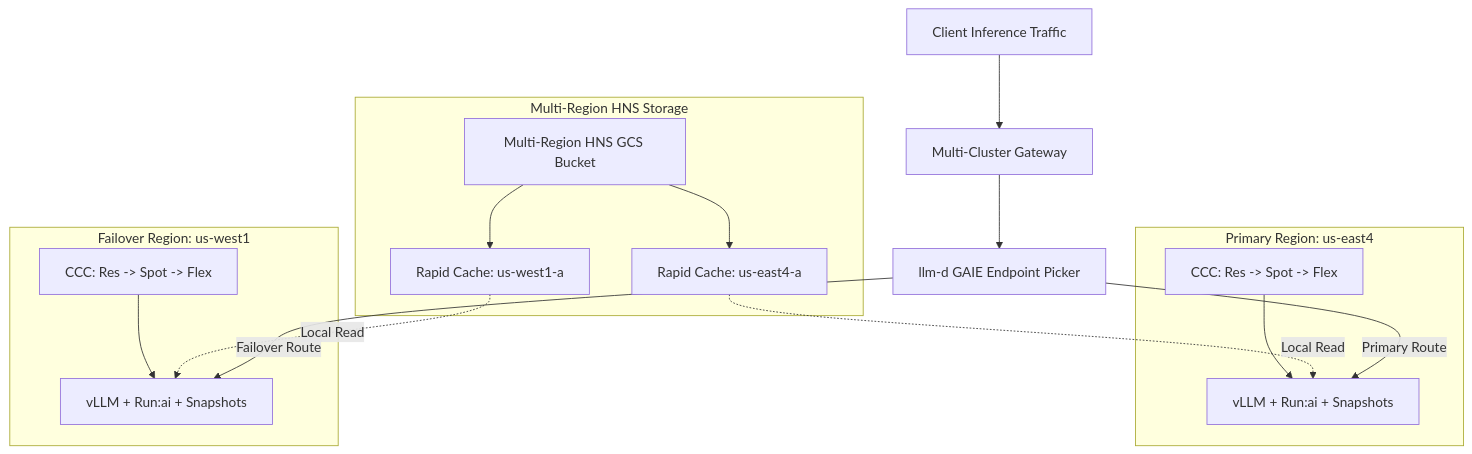
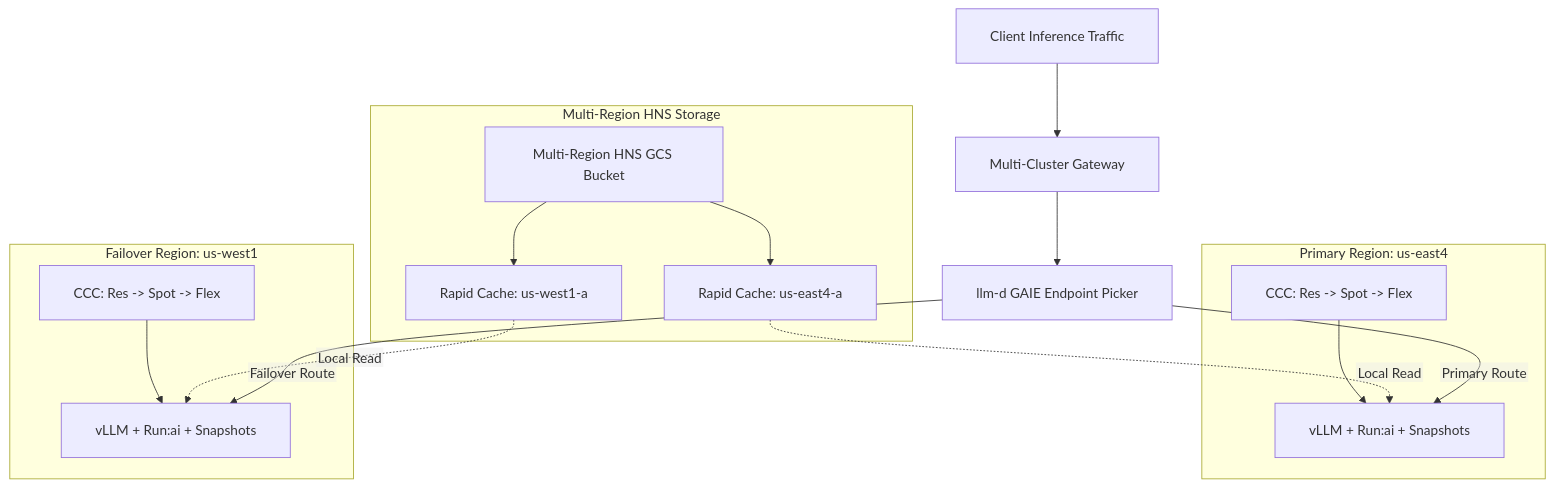
One commit to GoogleCloudPlatform/accelerated-platforms changed the second of 2 diagrams in docs/platforms/gke/base/use-cases/inference-ref-arch/poc-capacity-and-rapid-deployment-guide.md. Above: the diagram before and after it, drawn with Mermaid. The commit also changed other lines of this file, not shown here.

Commit message:
docs(inference-ref-arch): disable Mermaid htmlLabels to prevent foreignObject text clipping on Linux

````diff
--- a/docs/platforms/gke/base/use-cases/inference-ref-arch/poc-capacity-and-rapid-deployment-guide.md
+++ b/docs/platforms/gke/base/use-cases/inference-ref-arch/poc-capacity-and-rapid-deployment-guide.md
@@ -591,30 +592,31 @@
 ```mermaid
+%%{init: {"flowchart": {"htmlLabels": false, "padding": 20}, "themeVariables": {"fontFamily": "sans-serif"}}}%%
 flowchart TD
   Client["Client Inference Traffic"] --> MCG["Multi-Cluster Gateway"]
   MCG --> EPP["llm-d GAIE Endpoint Picker"]
 
   subgraph Storage["Multi-Region HNS Storage"]
     GCS["Multi-Region HNS GCS Bucket"]
     RC1["Rapid Cache: us-east4-a"]
     RC2["Rapid Cache: us-west1-a"]
     GCS --> RC1
     GCS --> RC2
   end
 
   subgraph Ring1["Primary Region: us-east4"]
     CCC1["CCC: Res -> Spot -> Flex"]
     VLLM1["vLLM + Run:ai + Snapshots"]
     CCC1 --> VLLM1
   end
 
   subgraph Ring2["Failover Region: us-west1"]
     CCC2["CCC: Res -> Spot -> Flex"]
     VLLM2["vLLM + Run:ai + Snapshots"]
     CCC2 --> VLLM2
   end
 
   RC1 -.->|"Local Read"| VLLM1
   RC2 -.->|"Local Read"| VLLM2
   EPP -->|"Primary Route"| VLLM1
   EPP -->|"Failover Route"| VLLM2
 ```
````
